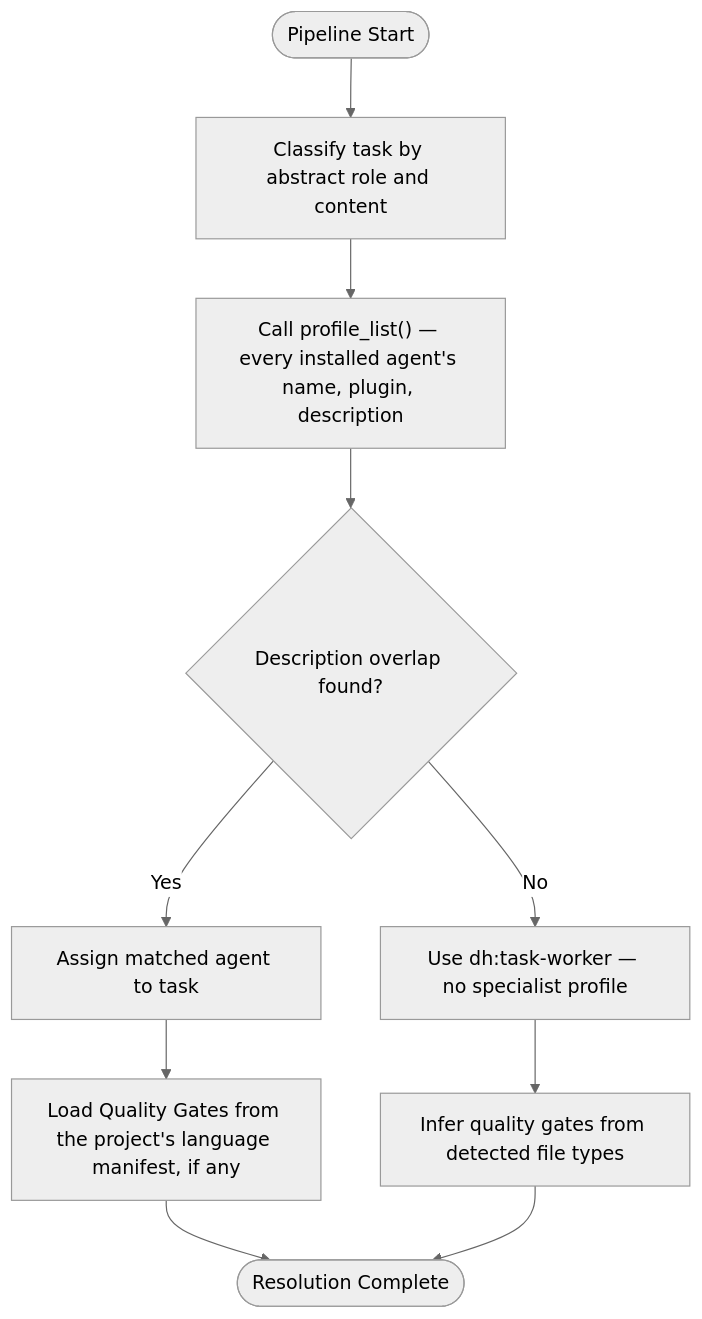
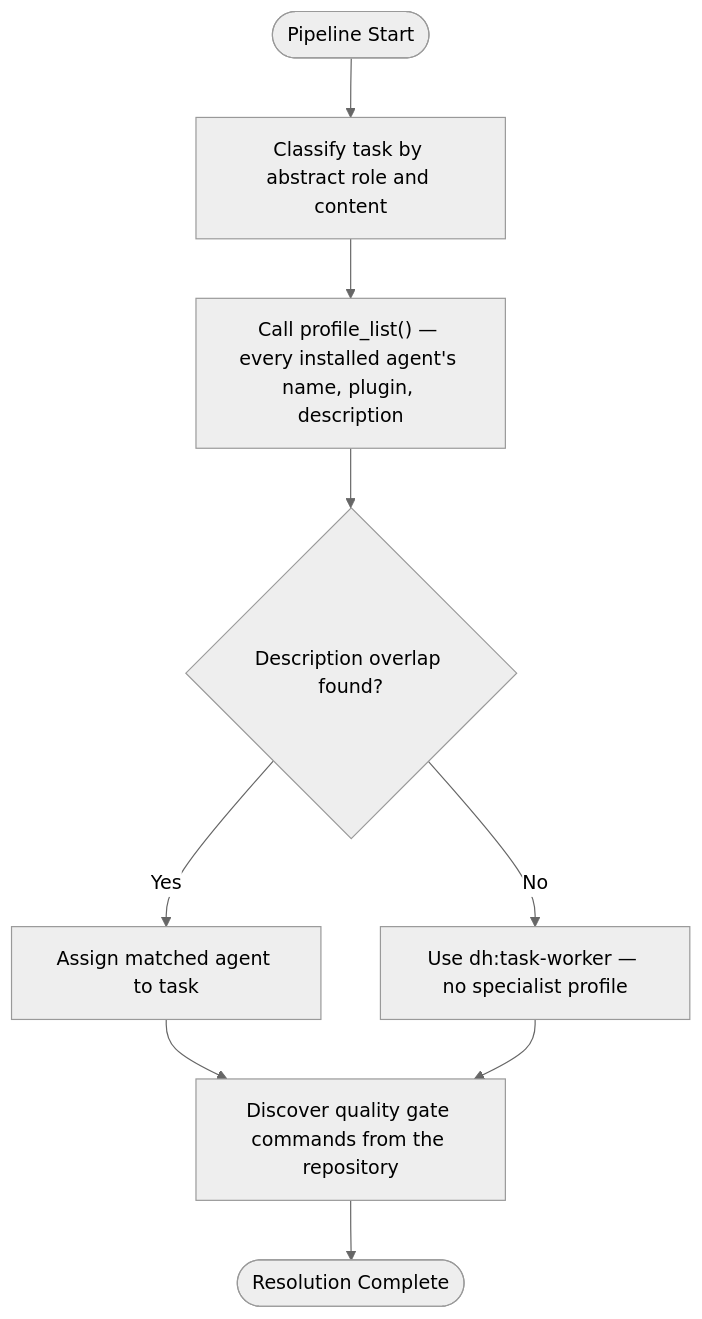
The diagram in plugins/development-harness/skills/dh-meta-docs/references/role-resolution-protocol.md (Jamie-BitFlight/claude_skills), drawn with Mermaid (neutral theme) before and after one commit. The commit also changed other lines of this file and 32 other files, not shown here.

First line of the commit message:
docs(dh): delete language manifest, Flow Override and stack profile remnants

````diff
--- a/plugins/development-harness/skills/dh-meta-docs/references/role-resolution-protocol.md
+++ b/plugins/development-harness/skills/dh-meta-docs/references/role-resolution-protocol.md
@@ -17,12 +17,11 @@
 ```mermaid
 flowchart TD
     Start([Pipeline Start]) --> Classify[Classify task by abstract role and content]
     Classify --> ListAgents["Call profile_list() — every installed agent's name, plugin, description"]
     ListAgents --> Match{Description overlap found?}
     Match -->|Yes| Resolve[Assign matched agent to task]
     Match -->|No| Fallback[Use dh:task-worker — no specialist profile]
-    Resolve --> LoadGates[Load Quality Gates from the project's language manifest, if any]
-    Fallback --> InferGates[Infer quality gates from detected file types]
-    LoadGates --> Ready([Resolution Complete])
-    InferGates --> Ready
+    Resolve --> Gates[Discover quality gate commands from the repository]
+    Fallback --> Gates
+    Gates --> Ready([Resolution Complete])
 ```
````
